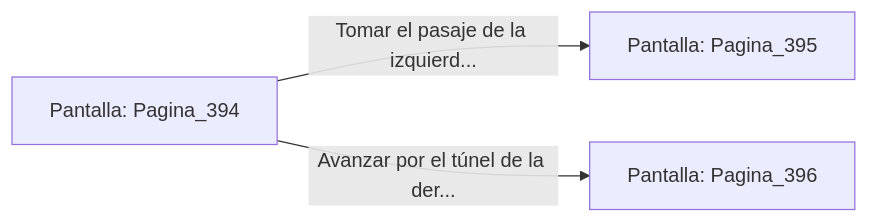
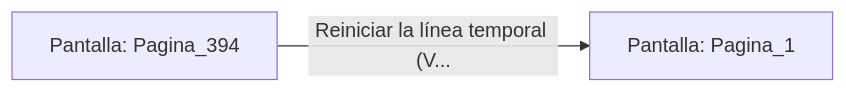
One commit to metsuke/mpl changed the diagram in sample/eligejuego-vault/Pantalla_Pagina_394.md. Above: the diagram before and after it, drawn with Mermaid. The commit also changed other lines of this file and 635 other files, not shown here.

First line of the commit message:
fix: añadir Pagina_1 como pantalla inicial en capitulo_01.mpl

````diff
--- a/sample/eligejuego-vault/Pantalla_Pagina_394.md
+++ b/sample/eligejuego-vault/Pantalla_Pagina_394.md
@@ -20,6 +17,5 @@
 ```mermaid
 graph LR
     P_Pagina_394["Pantalla: Pagina_394"]
-    P_Pagina_394 -->|"Tomar el pasaje de la izquierd..."| P_Pagina_395["Pantalla: Pagina_395"]
-    P_Pagina_394 -->|"Avanzar por el túnel de la der..."| P_Pagina_396["Pantalla: Pagina_396"]
+    P_Pagina_394 -->|"Reiniciar la línea temporal (V..."| P_Pagina_1["Pantalla: Pagina_1"]
 ```
````
